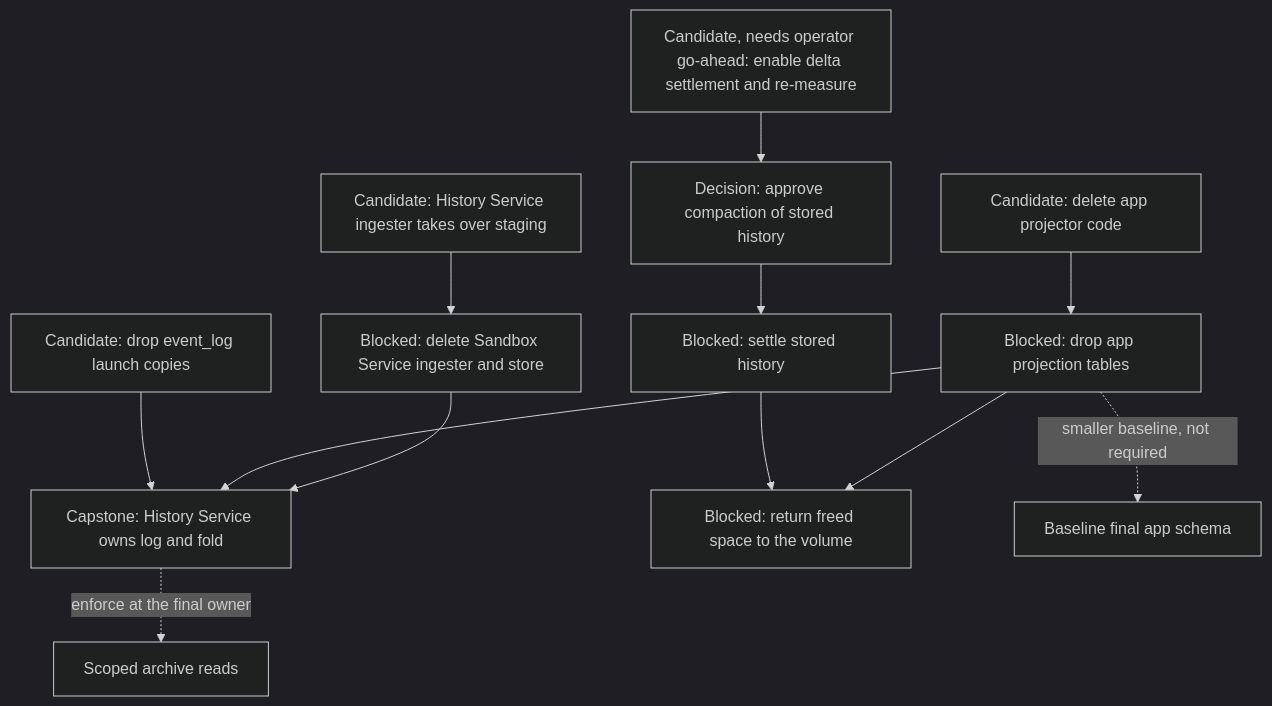
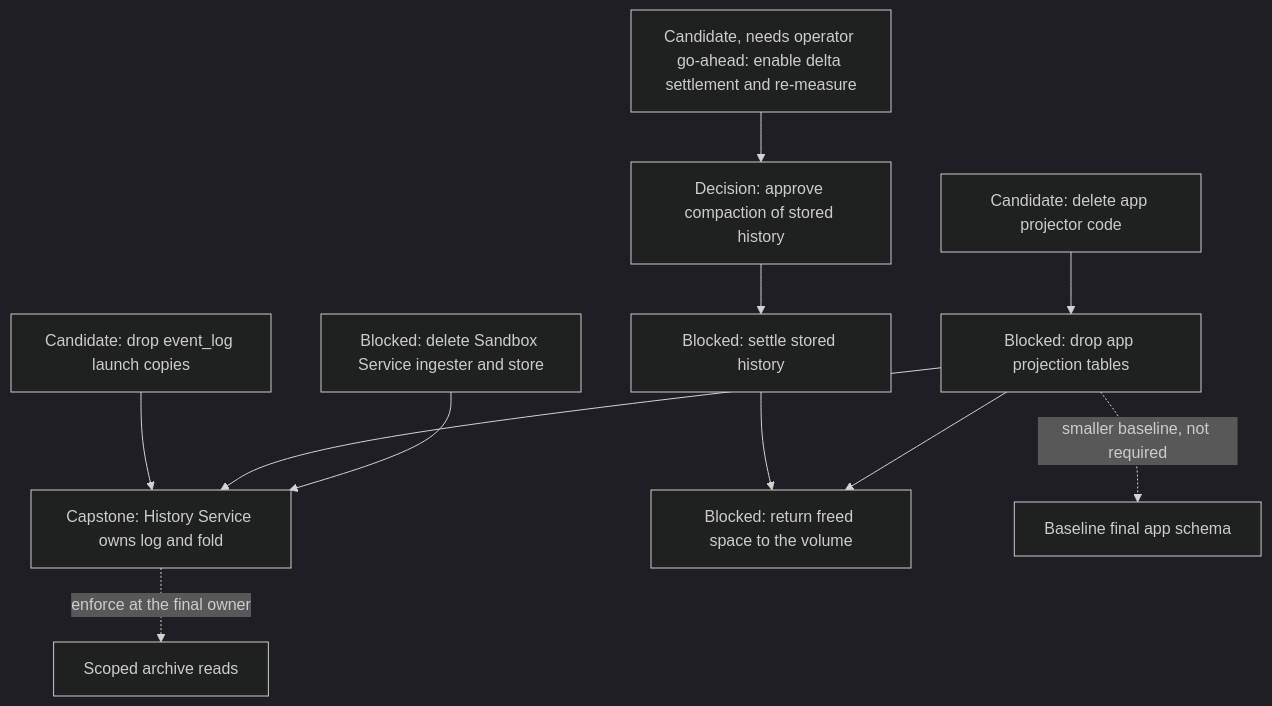
Before and after one commit to agentydragon-agent/ducktape: the eighth of 11 diagrams in agentplane/plans/task_dag.md, drawn with Mermaid (dark theme). The commit also changed other lines of this file and 2 other files, not shown here.

First line of the commit message:
agentplane: staging History Service takes over history writes (#9842)

````diff
--- a/agentplane/plans/task_dag.md
+++ b/agentplane/plans/task_dag.md
@@ -600,26 +598,24 @@
 ```mermaid
 flowchart TD
-    HISTORY_WRITE_HANDOFF[Candidate: History Service ingester takes over staging]
     SANDBOX_LOCAL_HISTORY_RETIRE[Blocked: delete Sandbox Service ingester and store]
     APP_PROJECTOR_RETIRE[Candidate: delete app projector code]
     APP_PROJECTION_RETIRE[Blocked: drop app projection tables]
     APP_EVENT_LOG_COPIES_RETIRE[Candidate: drop event_log launch copies]
     HISTORY_SERVICE_OWNERSHIP[Capstone: History Service owns log and fold]
     SESSION_EVENT_RETENTION_ENABLE[Candidate, needs operator go-ahead: enable delta settlement and re-measure]
     SESSION_EVENT_COMPACTION_PLAN[Decision: approve compaction of stored history]
     SESSION_EVENT_COMPACTION[Blocked: settle stored history]
     HISTORY_REPACK[Blocked: return freed space to the volume]
     APP_ALEMBIC_SQUASH[Baseline final app schema]
     THREAD_READ_POLICY[Scoped archive reads]
-    HISTORY_WRITE_HANDOFF --> SANDBOX_LOCAL_HISTORY_RETIRE
     APP_PROJECTOR_RETIRE --> APP_PROJECTION_RETIRE
     APP_EVENT_LOG_COPIES_RETIRE --> HISTORY_SERVICE_OWNERSHIP
     APP_PROJECTION_RETIRE --> HISTORY_SERVICE_OWNERSHIP
     SANDBOX_LOCAL_HISTORY_RETIRE --> HISTORY_SERVICE_OWNERSHIP
     SESSION_EVENT_RETENTION_ENABLE --> SESSION_EVENT_COMPACTION_PLAN
     SESSION_EVENT_COMPACTION_PLAN --> SESSION_EVENT_COMPACTION
     SESSION_EVENT_COMPACTION --> HISTORY_REPACK
     APP_PROJECTION_RETIRE --> HISTORY_REPACK
     APP_PROJECTION_RETIRE -. smaller baseline, not required .-> APP_ALEMBIC_SQUASH
     HISTORY_SERVICE_OWNERSHIP -. enforce at the final owner .-> THREAD_READ_POLICY
 ```
````
